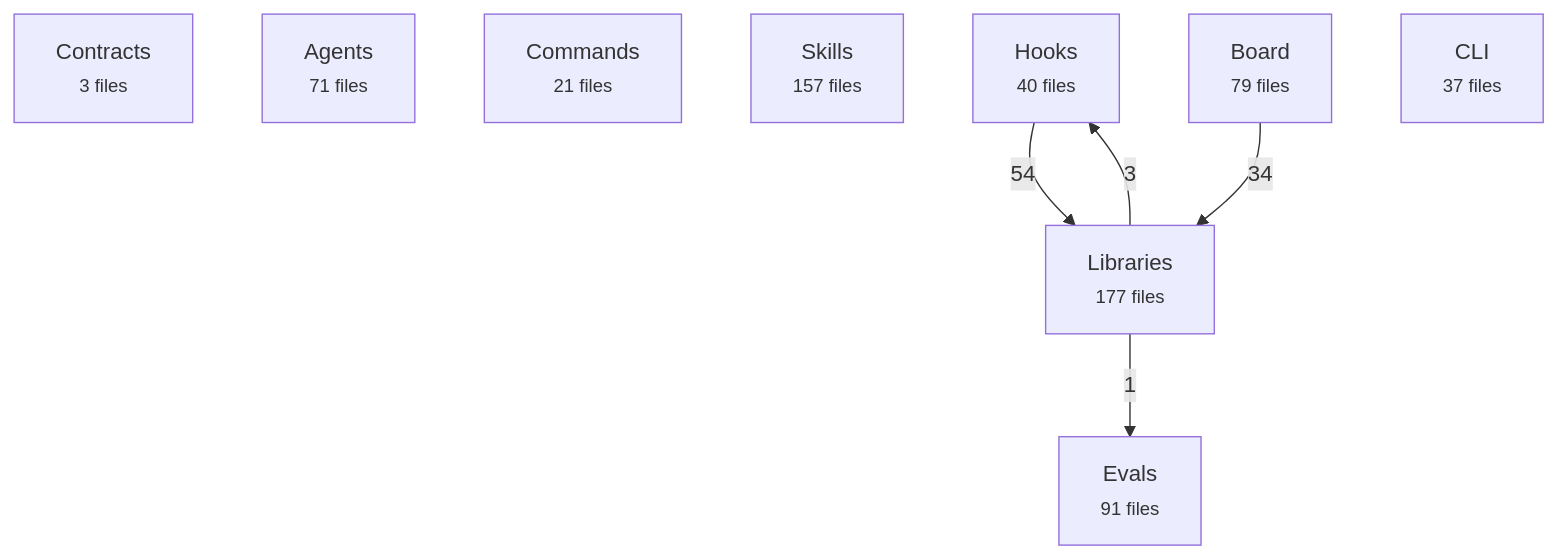
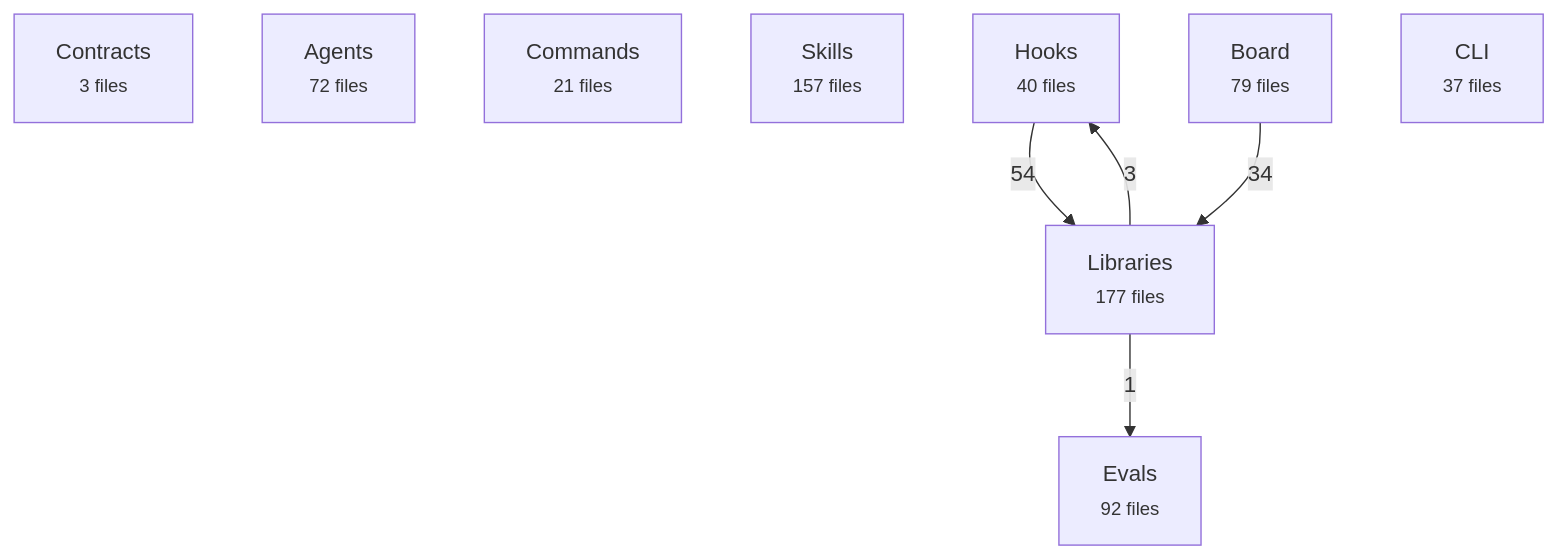
One commit to avelikiy/great_cto changed the first of 2 diagrams in docs/reference/architecture-map.md. Above: the diagram before and after it, drawn with Mermaid. The commit also changed other lines of this file and 32 other files, not shown here.

````diff
--- a/docs/reference/architecture-map.md
+++ b/docs/reference/architecture-map.md
@@ -20,16 +20,16 @@
 ```mermaid
 flowchart TD
   contracts["Contracts<br/><small>3 files</small>"]
-  agents["Agents<br/><small>71 files</small>"]
+  agents["Agents<br/><small>72 files</small>"]
   commands["Commands<br/><small>21 files</small>"]
   skills["Skills<br/><small>157 files</small>"]
   hooks["Hooks<br/><small>40 files</small>"]
   libs["Libraries<br/><small>177 files</small>"]
   board["Board<br/><small>79 files</small>"]
   cli["CLI<br/><small>37 files</small>"]
-  evals["Evals<br/><small>91 files</small>"]
+  evals["Evals<br/><small>92 files</small>"]
   hooks -->|54| libs
   board -->|34| libs
   libs -->|3| hooks
   libs -->|1| evals
 ```
````
